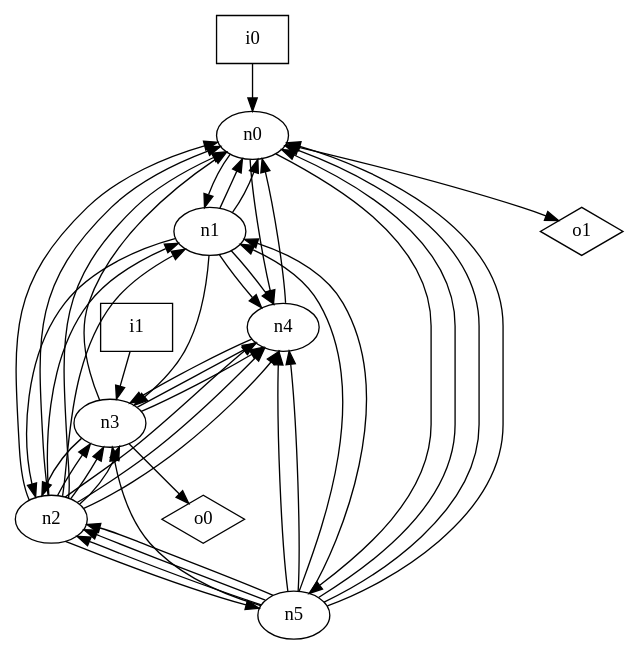
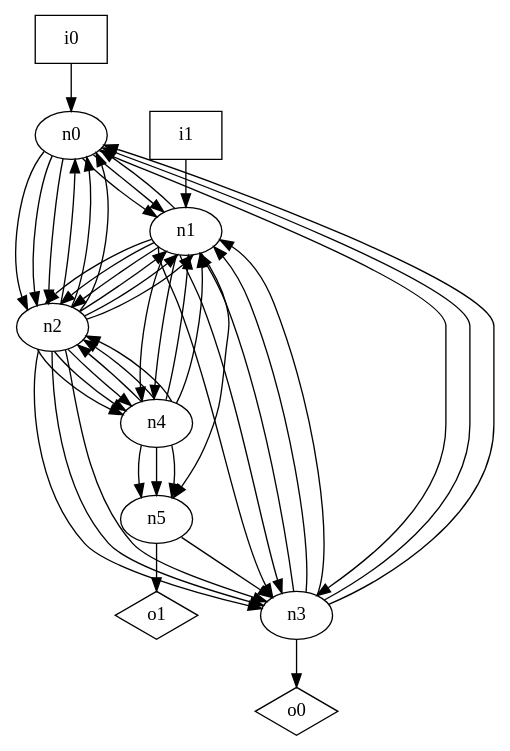
The diagram in dot_files/random/random_loop_free_graph.dot (p9romain/bool-circuits), drawn with Graphviz before and after one commit. The commit also changed 87 other files, not shown here.

```diff
--- a/dot_files/random/random_loop_free_graph.dot
+++ b/dot_files/random/random_loop_free_graph.dot
@@ -1,54 +1,57 @@
 digraph G {
 n0 [label="n0"];
 n1 [label="n1"];
 n2 [label="n2"];
 n3 [label="n3"];
 n4 [label="n4"];
 n5 [label="n5"];
 n6 [label="i0",shape="box"];
 n7 [label="i1",shape="box"];
 n8 [label="o0",shape="diamond"];
 n9 [label="o1",shape="diamond"];
 n0 -> n1
-n0 -> n4
-n0 -> n5
-n0 -> n9
-n1 -> n0
+n0 -> n1
+n0 -> n2
+n0 -> n2
+n0 -> n2
+n0 -> n3
 n1 -> n0
 n1 -> n2
+n1 -> n2
+n1 -> n2
+n1 -> n3
 n1 -> n3
 n1 -> n4
 n1 -> n4
+n1 -> n5
 n2 -> n0
 n2 -> n0
 n2 -> n0
+n2 -> n1
 n2 -> n1
 n2 -> n1
 n2 -> n3
 n2 -> n3
 n2 -> n3
 n2 -> n4
 n2 -> n4
 n2 -> n4
-n2 -> n5
 n3 -> n0
-n3 -> n2
-n3 -> n4
-n3 -> n4
+n3 -> n0
+n3 -> n1
+n3 -> n1
+n3 -> n1
 n3 -> n8
-n4 -> n0
-n4 -> n3
-n5 -> n0
-n5 -> n0
-n5 -> n0
-n5 -> n1
-n5 -> n1
-n5 -> n2
-n5 -> n2
-n5 -> n2
+n4 -> n1
+n4 -> n1
+n4 -> n2
+n4 -> n2
+n4 -> n2
+n4 -> n5
+n4 -> n5
+n4 -> n5
 n5 -> n3
-n5 -> n4
-n5 -> n4
+n5 -> n9
 n6 -> n0
-n7 -> n3
+n7 -> n1
 }
```
